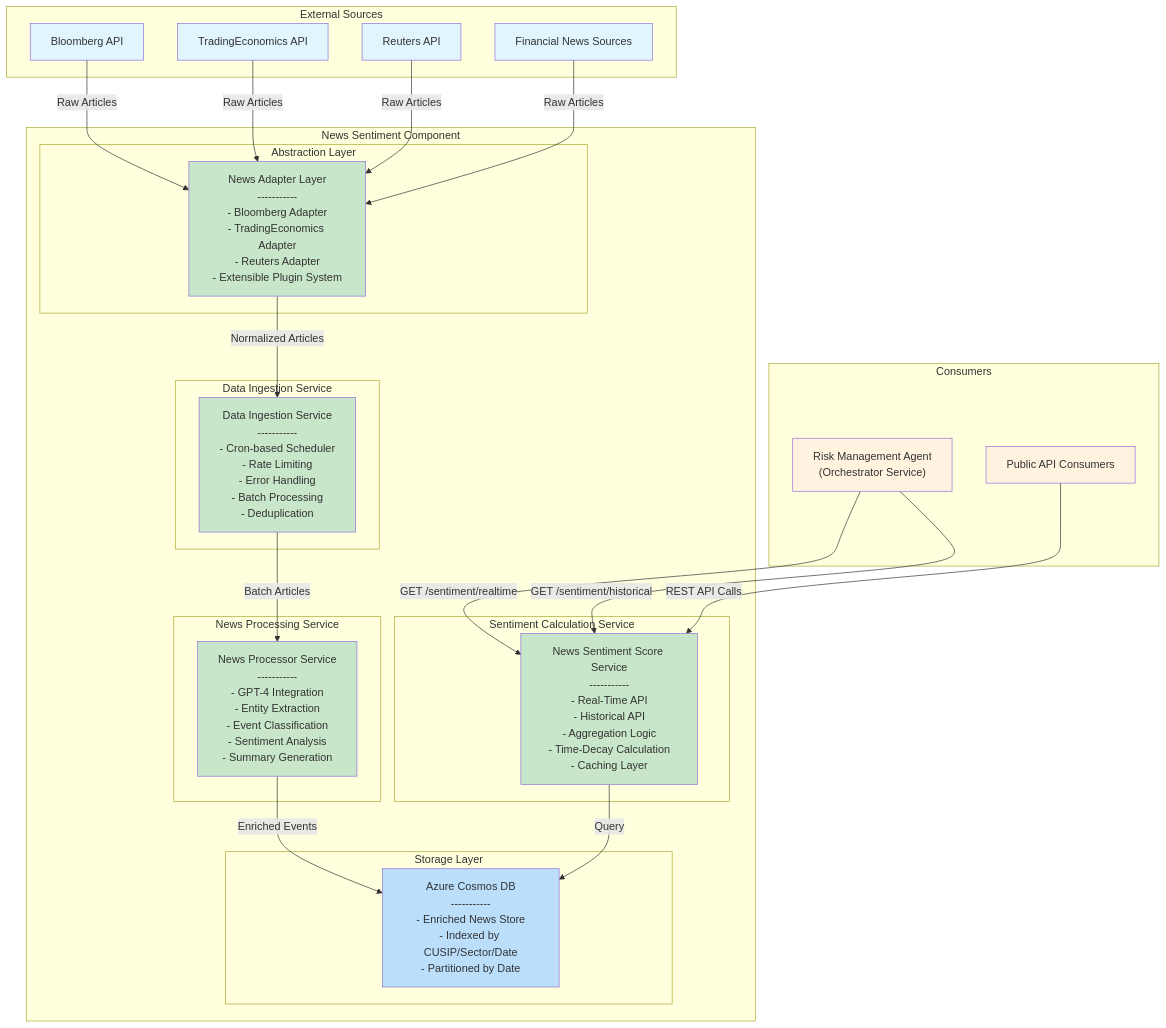
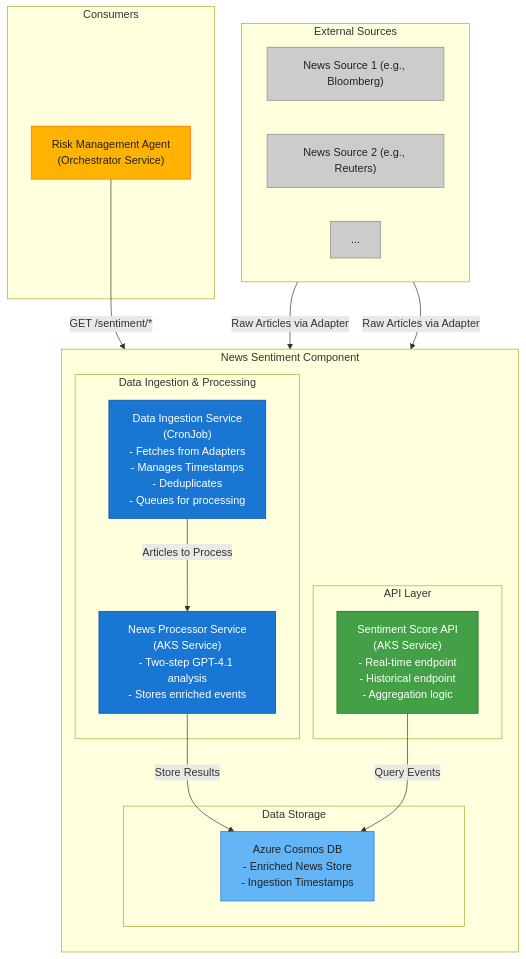
One commit to vladavilov/playground changed the first of 6 diagrams in risk-analytics-agent/ai_docs/1_architecture/NewsSentimentService_SystemArchitecture.md. Above: the diagram before and after it, drawn with Mermaid. The commit also changed other lines of this file and 7 other files, not shown here.

Commit message:
Update News Sentiment Service documentation to version 1.2. Revise architecture details, including the integration of GPT-4.1, and enhance component descriptions. Remove outdated C4 DSL and mermaid diagram files for improved clarity and organization.

````diff
--- a/risk-analytics-agent/ai_docs/1_architecture/NewsSentimentService_SystemArchitecture.md
+++ b/risk-analytics-agent/ai_docs/1_architecture/NewsSentimentService_SystemArchitecture.md
@@ -37,63 +30,51 @@
 ```mermaid
 graph TB
+    %% External Sources
     subgraph "External Sources"
-        Bloomberg["Bloomberg API"]
-        TE["TradingEconomics API"]
-        Reuters["Reuters API"]
-        FNS["Financial News Sources"]
+        direction LR
+        NewsSource1["News Source 1 (e.g., Bloomberg)"]
+        NewsSource2["News Source 2 (e.g., Reuters)"]
+        Ellipsis["..."]
     end
 
+    %% News Sentiment Component
     subgraph "News Sentiment Component"
-        subgraph "Abstraction Layer"
-            NAL["News Adapter Layer<br/>-----------<br/>- Bloomberg Adapter<br/>- TradingEconomics Adapter<br/>- Reuters Adapter<br/>- Extensible Plugin System"]
+        direction TB
+
+        subgraph "Data Ingestion & Processing"
+            DIS["Data Ingestion Service<br/>(CronJob)<br/>- Fetches from Adapters<br/>- Manages Timestamps<br/>- Deduplicates<br/>- Queues for processing"]
+            NPS["News Processor Service<br/>(AKS Service)<br/>- Two-step GPT-4.1 analysis<br/>- Stores enriched events"]
         end
 
-        subgraph "Data Ingestion Service"
-            DIS["Data Ingestion Service<br/>-----------<br/>- Cron-based Scheduler<br/>- Rate Limiting<br/>- Error Handling<br/>- Batch Processing<br/>- Deduplication"]
+        subgraph "Data Storage"
+            CDB["Azure Cosmos DB<br/>- Enriched News Store<br/>- Ingestion Timestamps"]
         end
 
-        subgraph "News Processing Service"
-            NPS["News Processor Service<br/>-----------<br/>- GPT-4 Integration<br/>- Entity Extraction<br/>- Event Classification<br/>- Sentiment Analysis<br/>- Summary Generation"]
-        end
-
-        subgraph "Storage Layer"
-            CDB["Azure Cosmos DB<br/>-----------<br/>- Enriched News Store<br/>- Indexed by CUSIP/Sector/Date<br/>- Partitioned by Date"]
-        end
-
-        subgraph "Sentiment Calculation Service"
-            SCS["News Sentiment Score Service<br/>-----------<br/>- Real-Time API<br/>- Historical API<br/>- Aggregation Logic<br/>- Time-Decay Calculation<br/>- Caching Layer"]
+        subgraph "API Layer"
+            SCS["Sentiment Score API<br/>(AKS Service)<br/>- Real-time endpoint<br/>- Historical endpoint<br/>- Aggregation logic"]
         end
     end
 
+    %% Consumers
     subgraph "Consumers"
         RMA["Risk Management Agent<br/>(Orchestrator Service)"]
-        API["Public API Consumers"]
     end
 
-    Bloomberg -->|"Raw Articles"| NAL
-    TE -->|"Raw Articles"| NAL
-    Reuters -->|"Raw Articles"| NAL
-    FNS -->|"Raw Articles"| NAL
+    %% Flows
+    NewsSource1 -->|"Raw Articles via Adapter"| DIS
+    NewsSource2 -->|"Raw Articles via Adapter"| DIS
+    DIS -->|"Articles to Process"| NPS
+    NPS -->|"Store Results"| CDB
+    SCS -->|"Query Events"| CDB
+    RMA -->|"GET /sentiment/*"| SCS
 
-    NAL -->|"Normalized Articles"| DIS
-    DIS -->|"Batch Articles"| NPS
-    NPS -->|"Enriched Events"| CDB
-    
-    RMA -->|"GET /sentiment/realtime"| SCS
-    RMA -->|"GET /sentiment/historical"| SCS
-    API -->|"REST API Calls"| SCS
-    
-    SCS -->|"Query"| CDB
-
-    style Bloomberg fill:#e1f5fe
-    style TE fill:#e1f5fe
-    style Reuters fill:#e1f5fe
-    style FNS fill:#e1f5fe
-    style RMA fill:#fff3e0
-    style API fill:#fff3e0
-    style NAL fill:#c8e6c9
-    style DIS fill:#c8e6c9
-    style NPS fill:#c8e6c9
-    style CDB fill:#bbdefb
-    style SCS fill:#c8e6c9
+    %% Coloring
+    style NewsSource1 fill:#cccccc,stroke:#888888,color:#222
+    style NewsSource2 fill:#cccccc,stroke:#888888,color:#222
+    style Ellipsis fill:#cccccc,stroke:#888888,color:#222
+    style DIS fill:#1976d2,stroke:#0d47a1,color:#fff
+    style NPS fill:#1976d2,stroke:#0d47a1,color:#fff
+    style CDB fill:#64b5f6,stroke:#1976d2,color:#222
+    style SCS fill:#43a047,stroke:#1b5e20,color:#fff
+    style RMA fill:#ffb300,stroke:#ff6f00,color:#222
 ```
````
